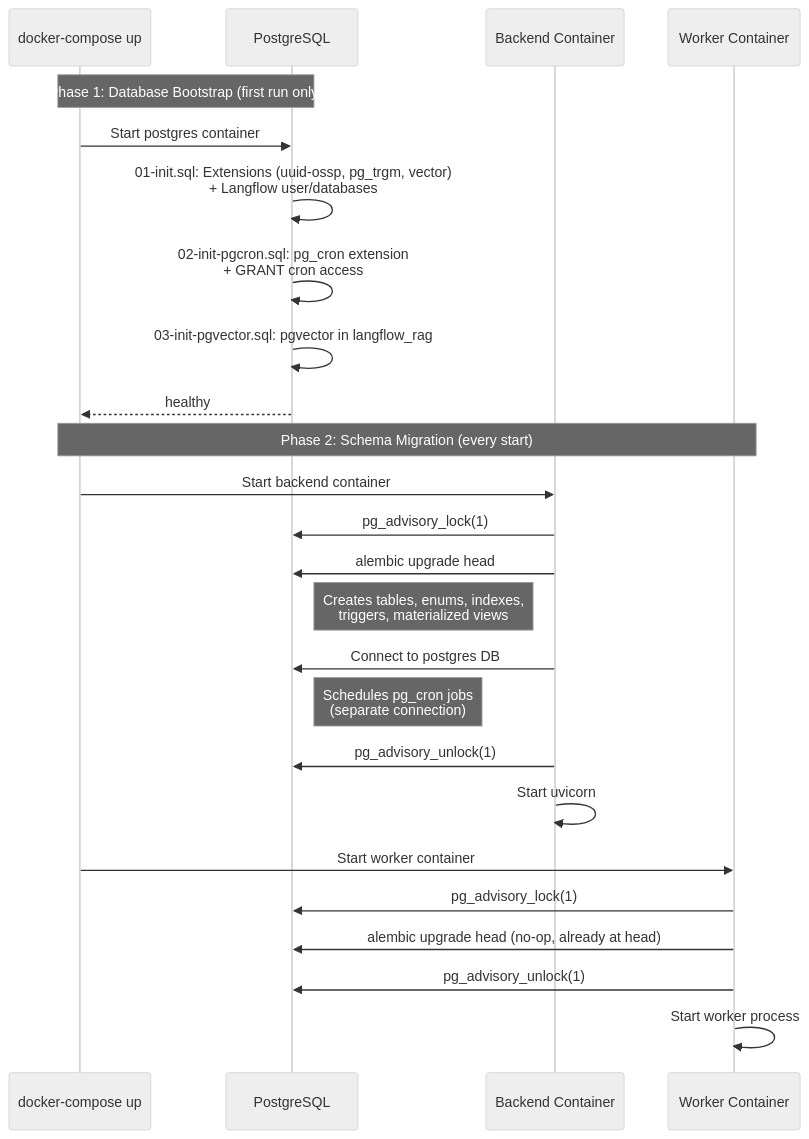
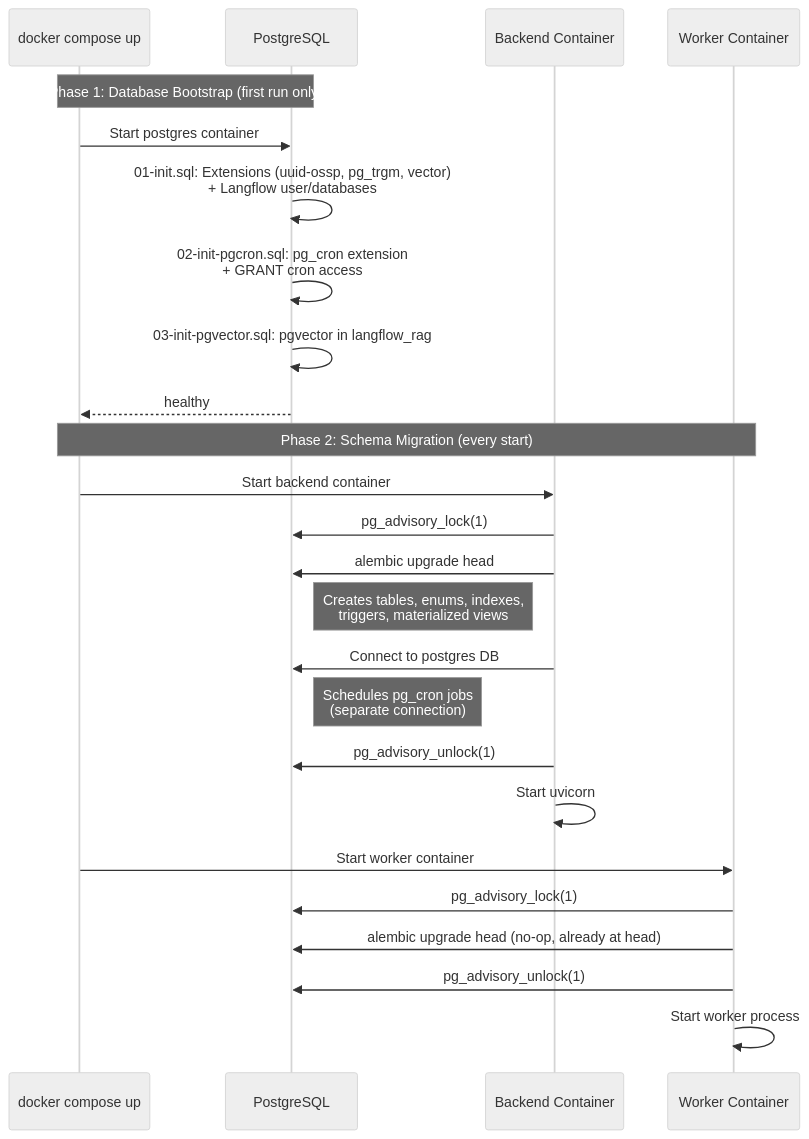
One commit to tidemark-security/intercept changed the first of 2 diagrams in docs/database-schema-management.md. Above: the diagram before and after it, drawn with Mermaid (neutral theme). The commit also changed other lines of this file and 16 other files, not shown here.

````diff
--- a/docs/database-schema-management.md
+++ b/docs/database-schema-management.md
@@ -19,30 +19,30 @@
 ```mermaid
 sequenceDiagram
-    participant DC as docker-compose up
+    participant DC as docker compose up
     participant PG as PostgreSQL
     participant BE as Backend Container
     participant WK as Worker Container
 
     Note over DC,PG: Phase 1: Database Bootstrap (first run only)
     DC->>PG: Start postgres container
     PG->>PG: 01-init.sql: Extensions (uuid-ossp, pg_trgm, vector)<br/>+ Langflow user/databases
     PG->>PG: 02-init-pgcron.sql: pg_cron extension<br/>+ GRANT cron access
     PG->>PG: 03-init-pgvector.sql: pgvector in langflow_rag
     PG-->>DC: healthy
 
     Note over DC,WK: Phase 2: Schema Migration (every start)
     DC->>BE: Start backend container
     BE->>PG: pg_advisory_lock(1)
     BE->>PG: alembic upgrade head
     Note right of PG: Creates tables, enums, indexes,<br/>triggers, materialized views
     BE->>PG: Connect to postgres DB
     Note right of PG: Schedules pg_cron jobs<br/>(separate connection)
     BE->>PG: pg_advisory_unlock(1)
     BE->>BE: Start uvicorn
 
     DC->>WK: Start worker container
     WK->>PG: pg_advisory_lock(1)
     WK->>PG: alembic upgrade head (no-op, already at head)
     WK->>PG: pg_advisory_unlock(1)
     WK->>WK: Start worker process
 ```
````
